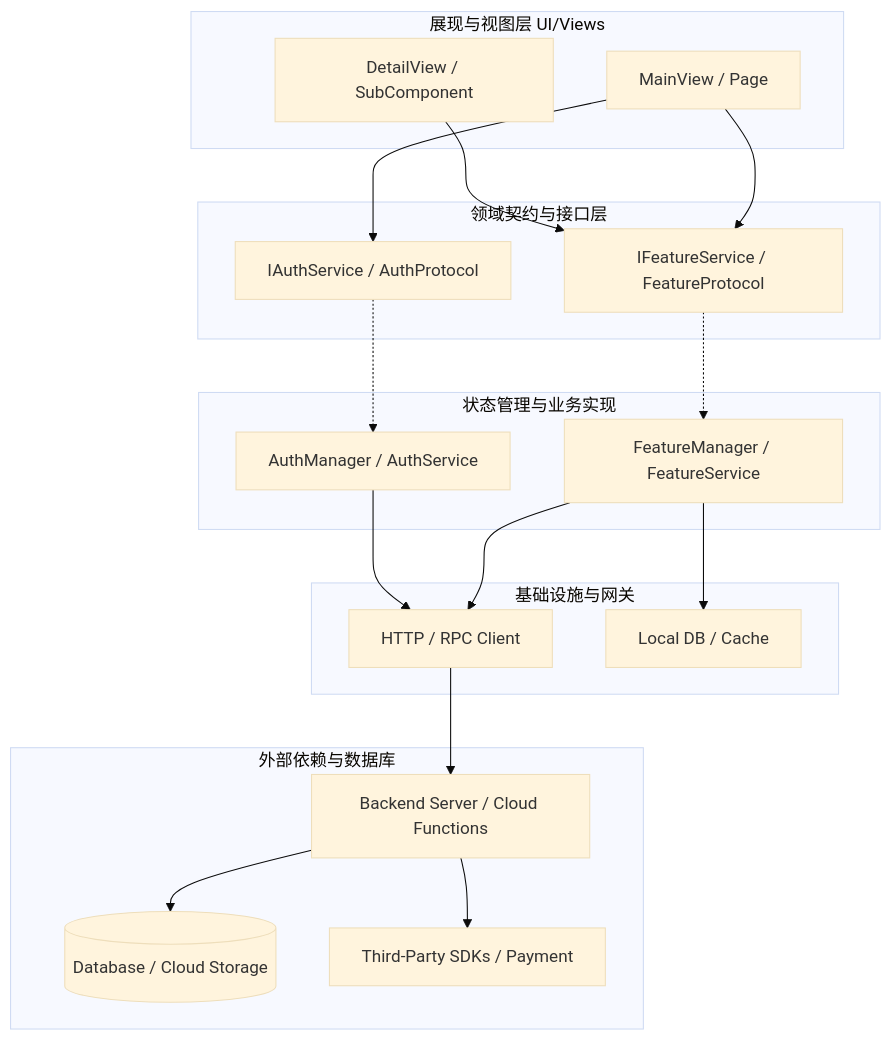
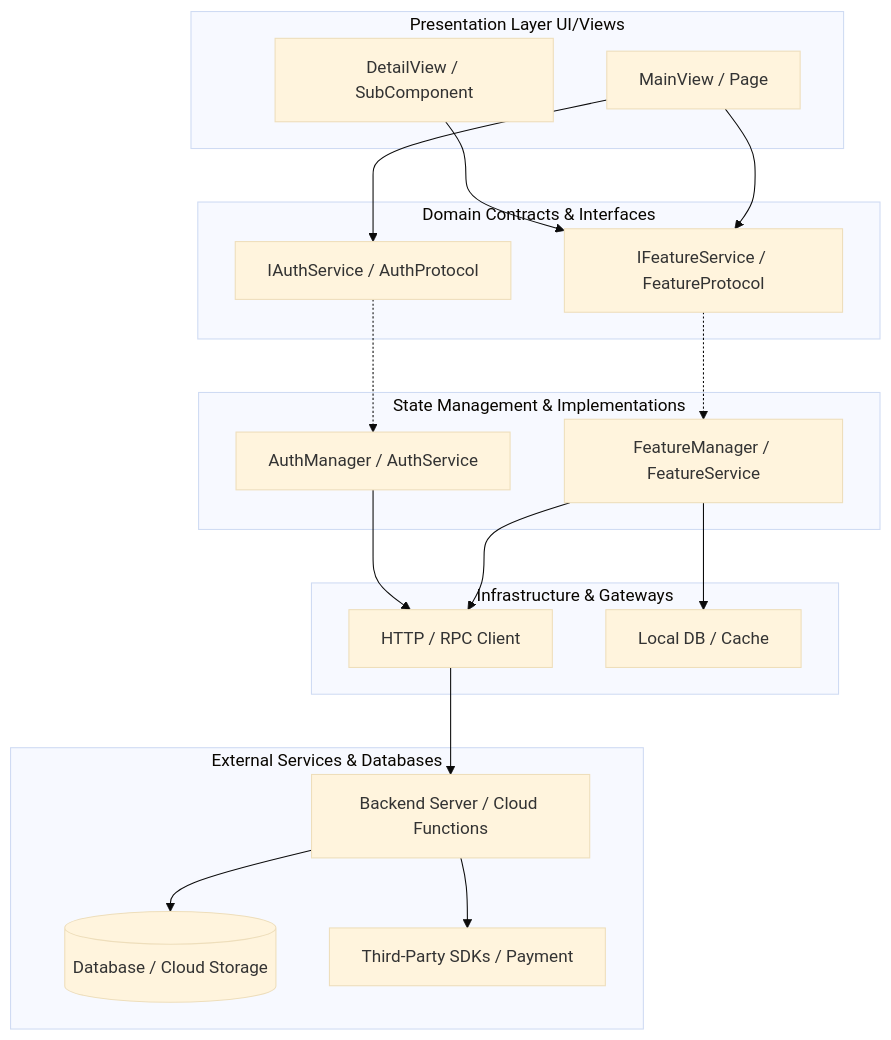
The diagram in template/.agents/dependency-map.md (Armkas/AI-Friendly-Repo), drawn with Mermaid (base theme) before and after one commit. The commit also changed other lines of this file and 40 other files, not shown here.

````diff
--- a/template/.agents/dependency-map.md
+++ b/template/.agents/dependency-map.md
@@ -11,47 +13,47 @@
 ```mermaid
 graph TB
-    subgraph Presentation[展现与视图层 UI/Views]
+    subgraph Presentation[Presentation Layer UI/Views]
         V_Main[MainView / Page]
         V_Detail[DetailView / SubComponent]
     end
 
-    subgraph DomainInterfaces[领域契约与接口层]
+    subgraph DomainInterfaces[Domain Contracts & Interfaces]
         I_Feature[IFeatureService / FeatureProtocol]
         I_Auth[IAuthService / AuthProtocol]
     end
 
-    subgraph Implementations[状态管理与业务实现]
+    subgraph Implementations[State Management & Implementations]
         M_Feature[FeatureManager / FeatureService]
         M_Auth[AuthManager / AuthService]
     end
 
-    subgraph Infrastructure[基础设施与网关]
+    subgraph Infrastructure[Infrastructure & Gateways]
         ApiClient[HTTP / RPC Client]
         LocalCache[Local DB / Cache]
     end
 
-    subgraph External[外部依赖与数据库]
+    subgraph External[External Services & Databases]
         BackendServer[Backend Server / Cloud Functions]
         RemoteDB[(Database / Cloud Storage)]
         ThirdParty[Third-Party SDKs / Payment]
     end
 
     %% UI to Interface/Implementation
     V_Main --> I_Feature
     V_Detail --> I_Feature
     V_Main --> I_Auth
 
     %% Interface bindings
     I_Feature -.-> M_Feature
     I_Auth -.-> M_Auth
 
     %% Implementation to Infrastructure
     M_Feature --> ApiClient
     M_Feature --> LocalCache
     M_Auth --> ApiClient
 
     %% Infrastructure to External
     ApiClient --> BackendServer
     BackendServer --> RemoteDB
     BackendServer --> ThirdParty
 ```
````
